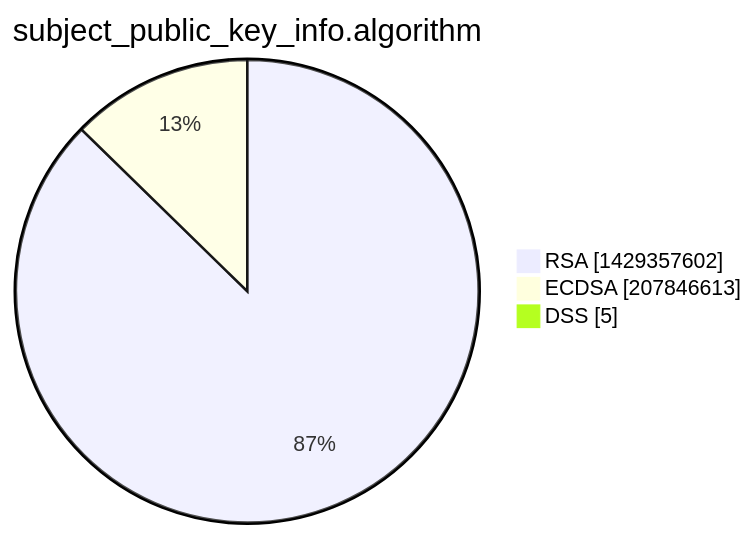
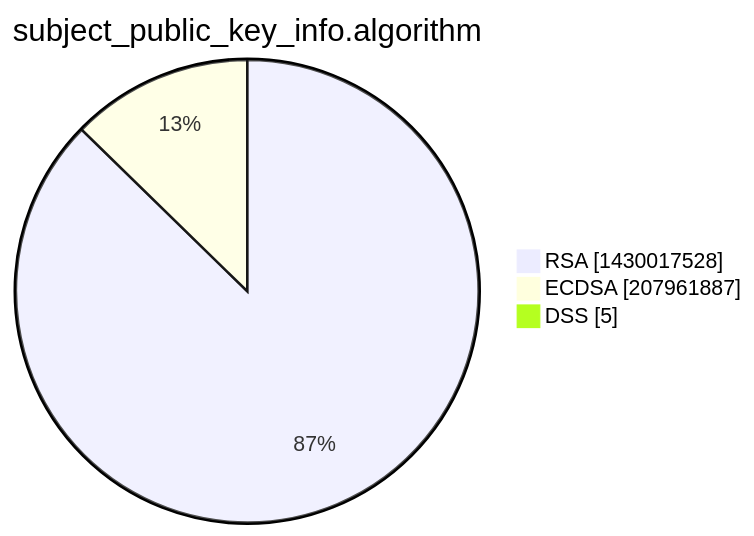
The third of 15 diagrams in xenon2022/README.md (christiankrug/ctmonitor_visualization), drawn with Mermaid before and after one commit. The commit also changed other lines of this file, not shown here.

````diff
--- a/xenon2022/README.md
+++ b/xenon2022/README.md
@@ -14,7 +14,7 @@
 ```mermaid
 pie showData
 title subject_public_key_info.algorithm
-"RSA" :1429357602
-"ECDSA" :207846613
+"RSA" :1430017528
+"ECDSA" :207961887
 "DSS" :5
 ```
````
